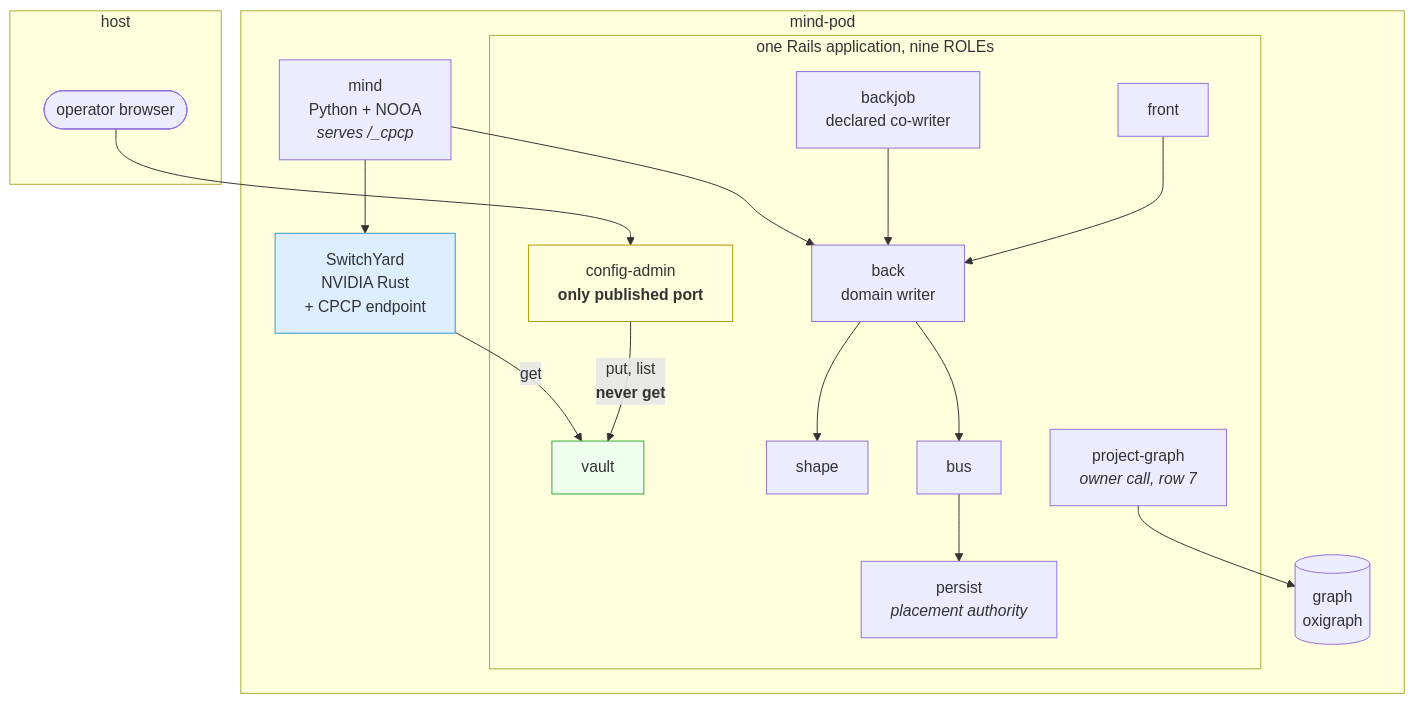
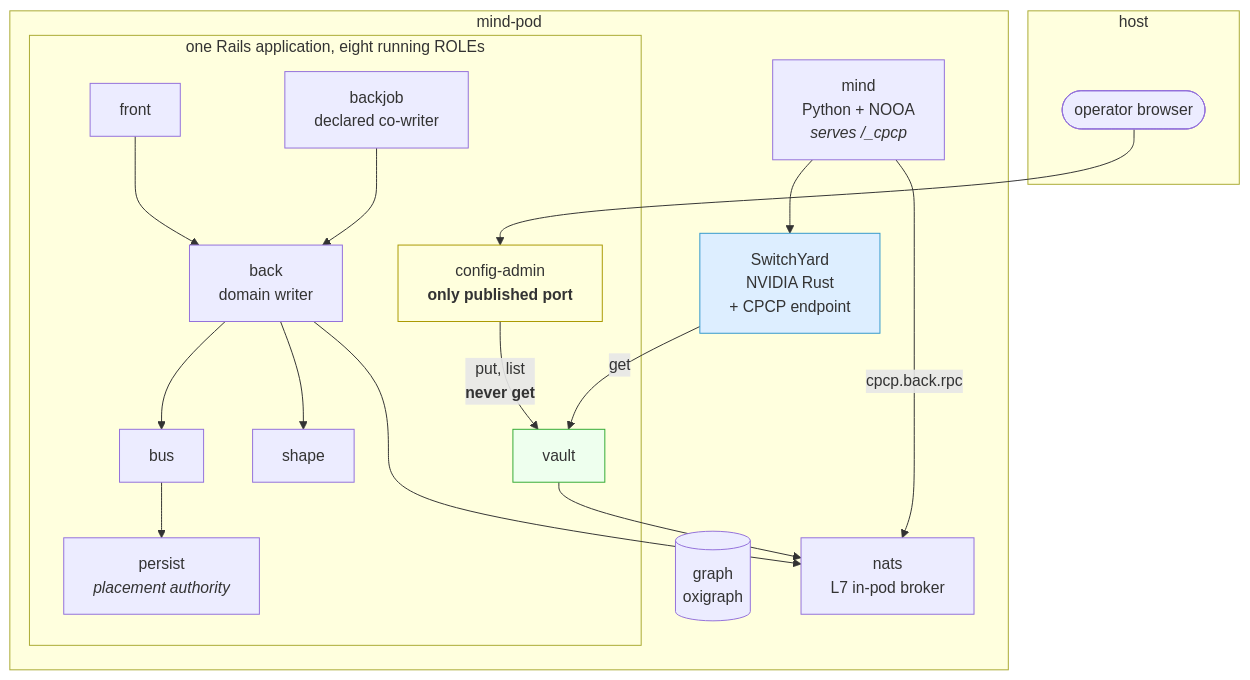
The second of 6 diagrams in docs/architecture/ContainerTopology.md (laquereric/magentic-stack), drawn with Mermaid before and after one commit. The commit also changed other lines of this file and 43 other files, not shown here.

First line of the commit message:
NATS is the in-pod L7 broker; A2A rides it and is not a container

````diff
--- a/docs/architecture/ContainerTopology.md
+++ b/docs/architecture/ContainerTopology.md
@@ -85,37 +90,38 @@
 ```mermaid
 graph TB
   subgraph host["host"]
     H(["operator browser"])
   end
   subgraph pod["mind-pod"]
-    subgraph rails["one Rails application, nine ROLEs"]
+    subgraph rails["one Rails application, eight running ROLEs"]
       CONFIG["config-admin<br/><b>only published port</b>"]
       FRONT["front"]
       BACK["back<br/>domain writer"]
       BACKJOB["backjob<br/>declared co-writer"]
       VAULT["vault"]
       SHAPE["shape"]
-      PROJ["project-graph<br/><i>owner call, row 7</i>"]
       PERSIST["persist<br/><i>placement authority</i>"]
       BUS["bus"]
     end
     MIND["mind<br/>Python + NOOA<br/><i>serves /_cpcp</i>"]
     SY["SwitchYard<br/>NVIDIA Rust<br/>+ CPCP endpoint"]
     GRAPH[("graph<br/>oxigraph")]
+    NATS["nats<br/>L7 in-pod broker"]
   end
   H --> CONFIG
   CONFIG -->|"put, list<br/><b>never get</b>"| VAULT
   SY -->|"get"| VAULT
   FRONT --> BACK
   BACKJOB --> BACK
-  MIND --> BACK
+  MIND -->|"cpcp.back.rpc"| NATS
   MIND --> SY
   BACK --> BUS
+  BACK --> NATS
   BUS --> PERSIST
-  PROJ --> GRAPH
   BACK --> SHAPE
+  VAULT --> NATS
 
   style CONFIG fill:#ffd,stroke:#a90
   style VAULT fill:#efe,stroke:#3a3
   style SY fill:#def,stroke:#39c
 ```
````
